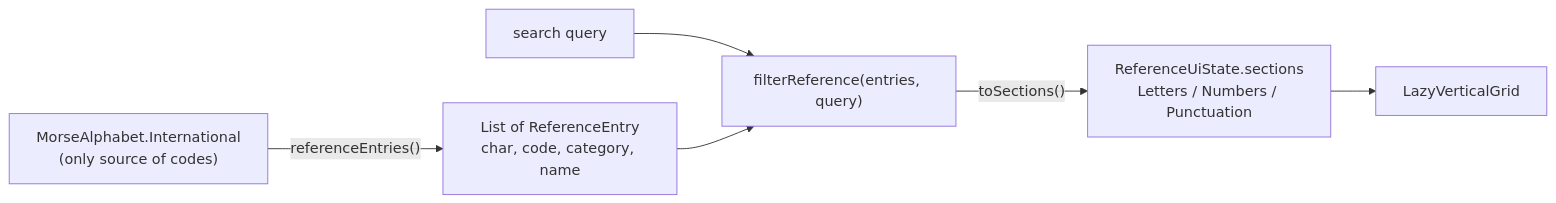
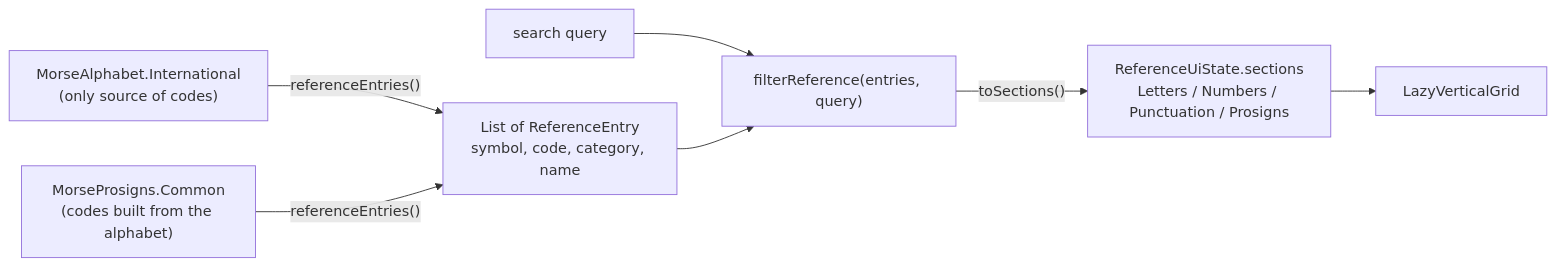
Before and after one commit to chankruze/morsekit: the fourth of 8 diagrams in docs/04-compose-ui-and-state.md, drawn with Mermaid. The commit also changed other lines of this file and 5 other files, not shown here.

````diff
--- a/docs/04-compose-ui-and-state.md
+++ b/docs/04-compose-ui-and-state.md
@@ -174,8 +174,9 @@
 ```mermaid
 flowchart LR
-    A["MorseAlphabet.International<br/>(only source of codes)"] -->|"referenceEntries()"| E["List of ReferenceEntry<br/>char, code, category, name"]
+    A["MorseAlphabet.International<br/>(only source of codes)"] -->|"referenceEntries()"| E["List of ReferenceEntry<br/>symbol, code, category, name"]
+    P["MorseProsigns.Common<br/>(codes built from the alphabet)"] -->|"referenceEntries()"| E
     Q["search query"] --> F["filterReference(entries, query)"]
     E --> F
-    F -->|"toSections()"| S["ReferenceUiState.sections<br/>Letters / Numbers / Punctuation"]
+    F -->|"toSections()"| S["ReferenceUiState.sections<br/>Letters / Numbers / Punctuation / Prosigns"]
     S --> G["LazyVerticalGrid"]
 ```
````
